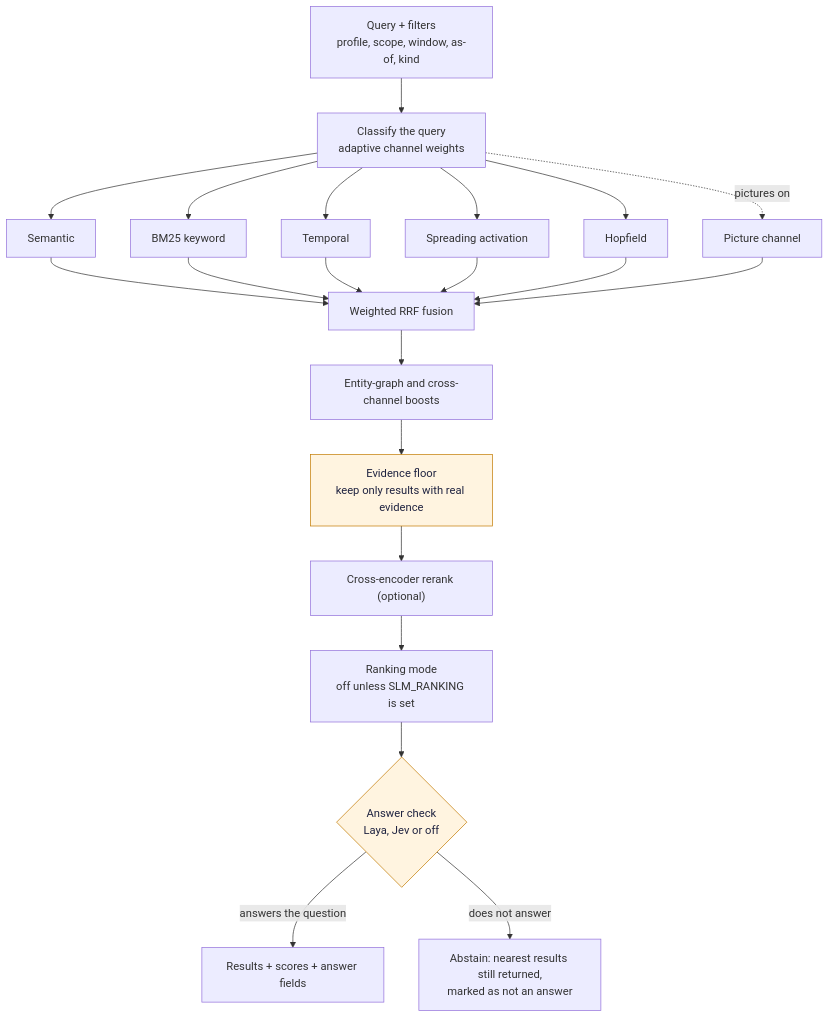
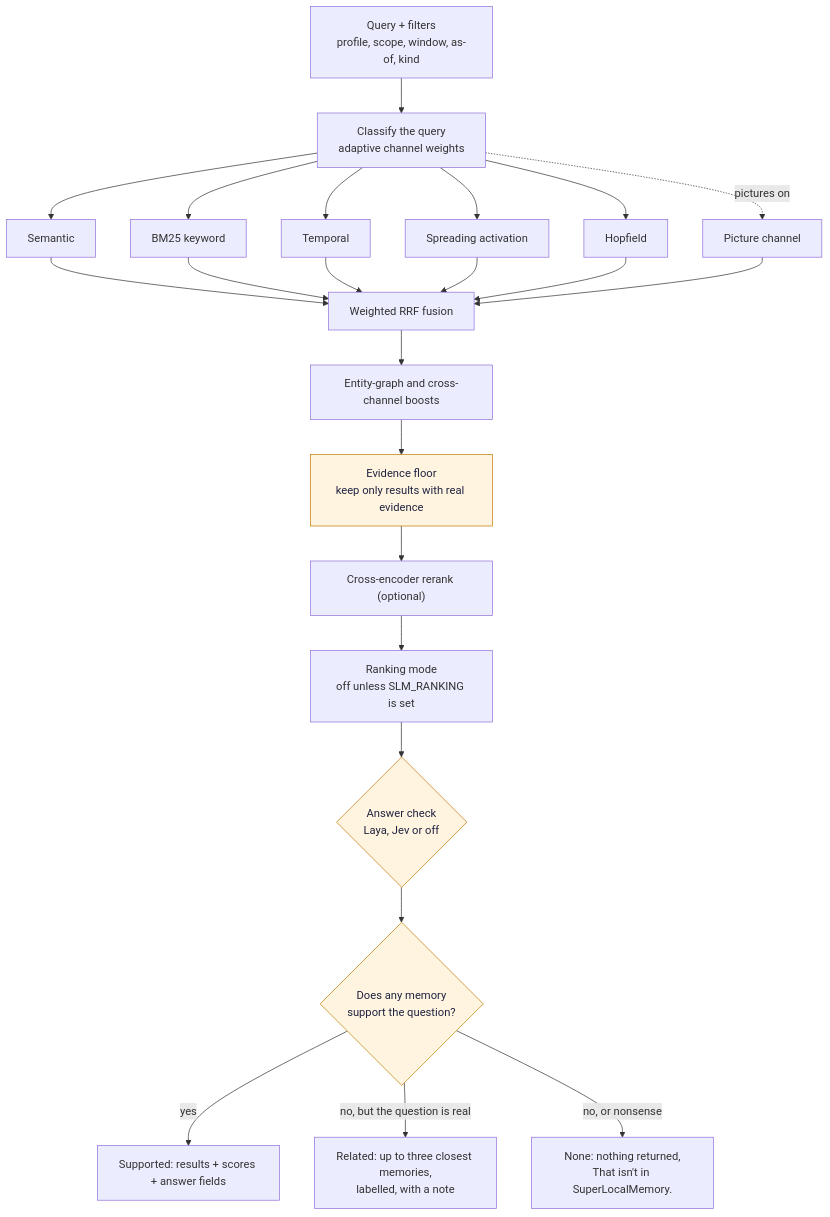
The diagram in docs/wiki-diagrams/recall-flow.mmd (Speekerton/superlocalmemory), drawn with Mermaid before and after one commit. The commit also changed 22 other files, not shown here.

```diff
--- a/docs/wiki-diagrams/recall-flow.mmd
+++ b/docs/wiki-diagrams/recall-flow.mmd
@@ -1,23 +1,25 @@
 flowchart TD
     Q["Query + filters<br/>profile, scope, window, as-of, kind"] --> S["Classify the query<br/>adaptive channel weights"]
     S --> P1["Semantic"]
     S --> P2["BM25 keyword"]
     S --> P3["Temporal"]
     S --> P4["Spreading activation"]
     S --> P5["Hopfield"]
     S -.->|"pictures on"| P6["Picture channel"]
     P1 --> F["Weighted RRF fusion"]
     P2 --> F
     P3 --> F
     P4 --> F
     P5 --> F
     P6 --> F
     F --> B["Entity-graph and cross-channel boosts"]
     B --> E["Evidence floor<br/>keep only results with real evidence"]
     E --> R["Cross-encoder rerank (optional)"]
     R --> K["Ranking mode<br/>off unless SLM_RANKING is set"]
     K --> A{"Answer check<br/>Laya, Jev or off"}
-    A -->|"answers the question"| OK["Results + scores + answer fields"]
-    A -->|"does not answer"| AB["Abstain: nearest results still returned,<br/>marked as not an answer"]
+    A --> G{"Does any memory<br/>support the question?"}
+    G -->|"yes"| OK["Supported: results + scores + answer fields"]
+    G -->|"no, but the question is real"| RL["Related: up to three closest memories,<br/>labelled, with a note"]
+    G -->|"no, or nonsense"| NO["None: nothing returned,<br/>That isn't in SuperLocalMemory."]
     classDef gate fill:#FFF4E0,stroke:#C27A00,color:#1F2340
-    class E,A gate
+    class E,A,G gate
```
